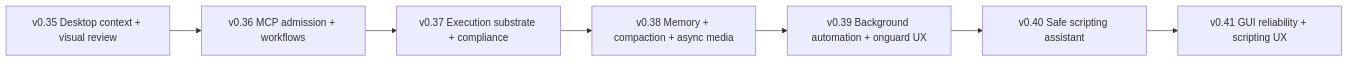
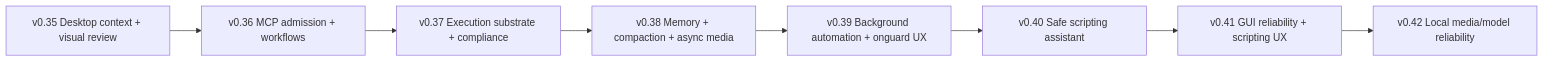
One commit to marctjones/capabledeputy changed the diagram in ROADMAP.md. Above: the diagram before and after it, drawn with Mermaid. The commit also changed other lines of this file and 2 other files, not shown here.

Commit message:
docs: open v0.42 roadmap

````diff
--- a/ROADMAP.md
+++ b/ROADMAP.md
@@ -17,11 +16,12 @@
 ```mermaid
 flowchart LR
   v35[v0.35 Desktop context + visual review]
   v36[v0.36 MCP admission + workflows]
   v37[v0.37 Execution substrate + compliance]
   v38[v0.38 Memory + compaction + async media]
   v39[v0.39 Background automation + onguard UX]
   v40[v0.40 Safe scripting assistant]
   v41[v0.41 GUI reliability + scripting UX]
-  v35 --> v36 --> v37 --> v38 --> v39 --> v40 --> v41
+  v42[v0.42 Local media/model reliability]
+  v35 --> v36 --> v37 --> v38 --> v39 --> v40 --> v41 --> v42
 ```
````
